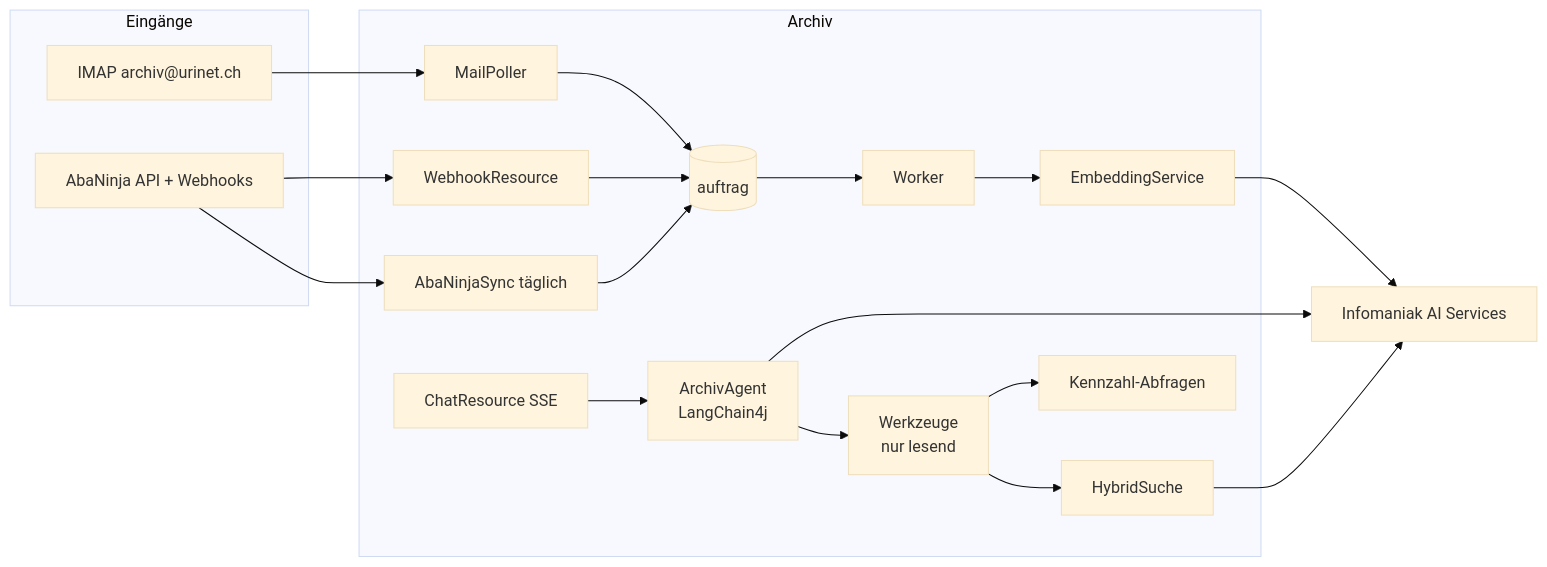
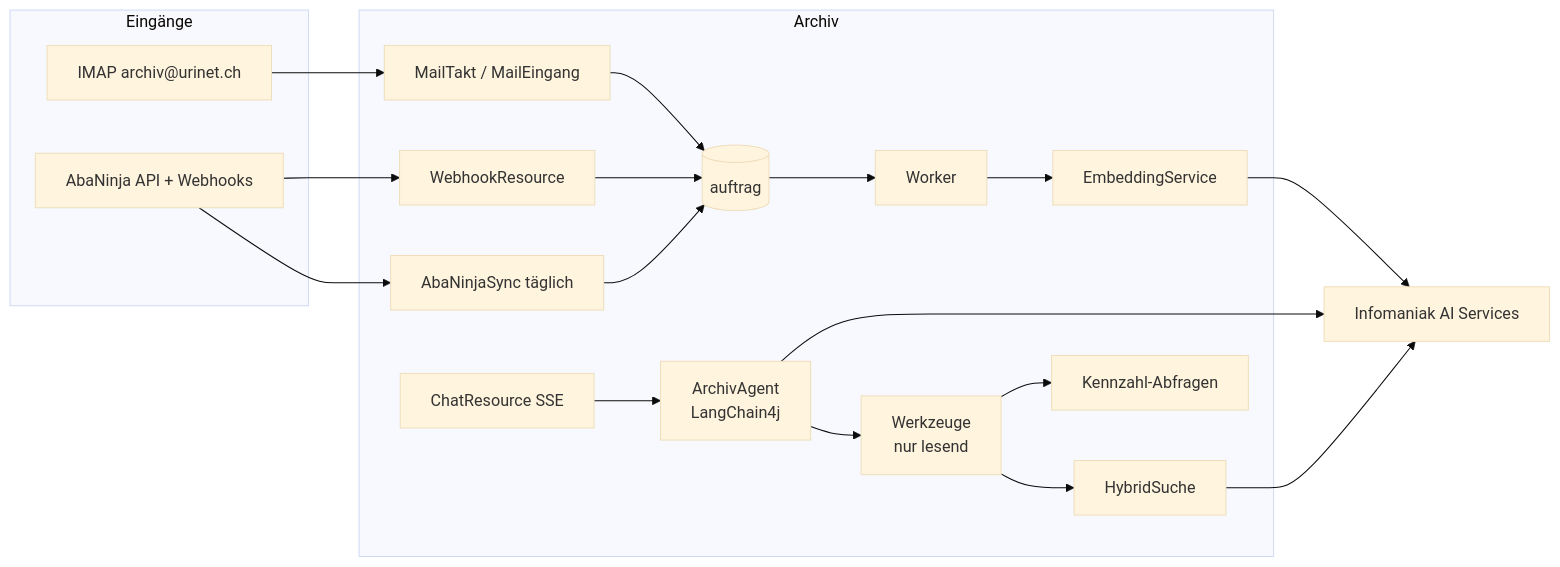
One commit to Urinet-ch/dokumentenmanagement changed the diagram in .kiro/specs/02-abgleich-chat/design.md. Above: the diagram before and after it, drawn with Mermaid (base theme). The commit also changed other lines of this file and 18 other files, not shown here.

````diff
--- a/.kiro/specs/02-abgleich-chat/design.md
+++ b/.kiro/specs/02-abgleich-chat/design.md
@@ -15,24 +15,24 @@
 ```mermaid
 flowchart LR
   subgraph Eingänge
     MAIL[IMAP archiv@urinet.ch]
     ABA[AbaNinja API + Webhooks]
   end
   subgraph Archiv
-    POLL[MailPoller] --> AQ[(auftrag)]
+    POLL[MailTakt / MailEingang] --> AQ[(auftrag)]
     WH[WebhookResource] --> AQ
     SYNC[AbaNinjaSync täglich] --> AQ
     AQ --> W[Worker]
     W --> EMB[EmbeddingService]
     CHAT[ChatResource SSE] --> AG[ArchivAgent<br/>LangChain4j]
     AG --> T[Werkzeuge<br/>nur lesend]
     T --> HS[HybridSuche]
     T --> SQL[Kennzahl-Abfragen]
   end
   MAIL --> POLL
   ABA --> WH
   ABA --> SYNC
   EMB --> AI[Infomaniak AI Services]
   AG --> AI
   HS --> AI
 ```
````
